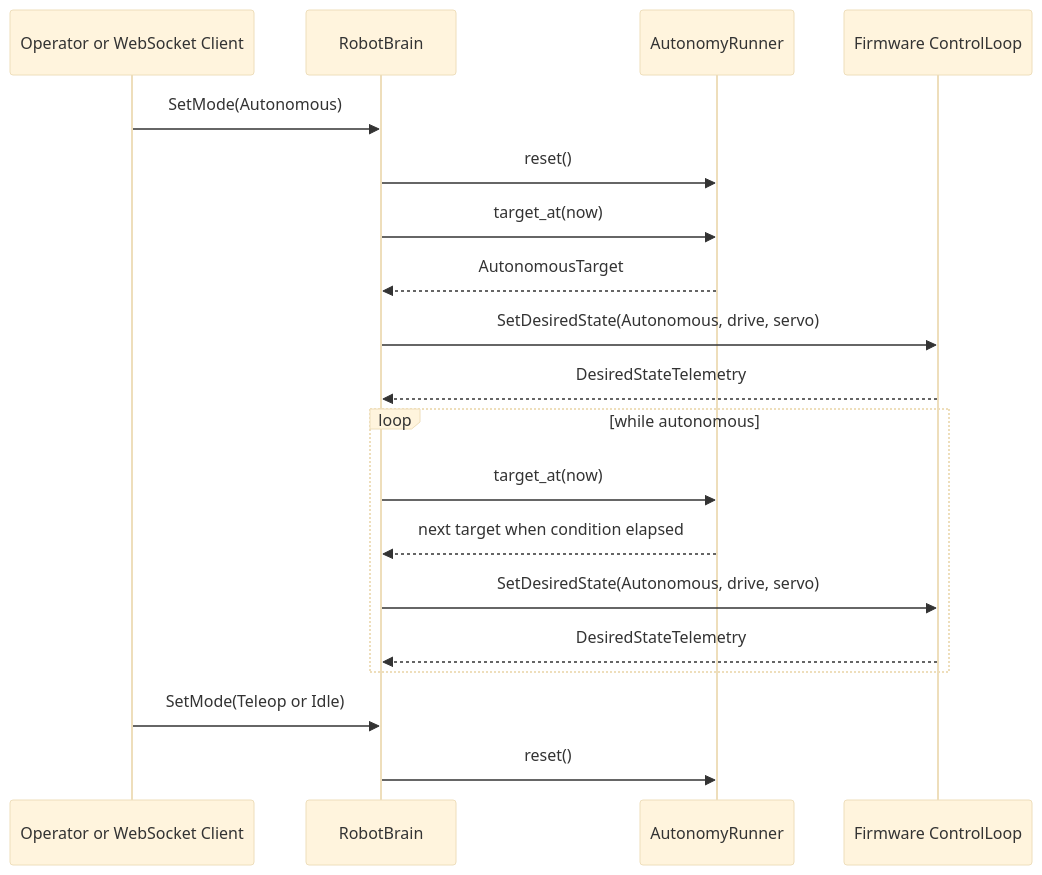
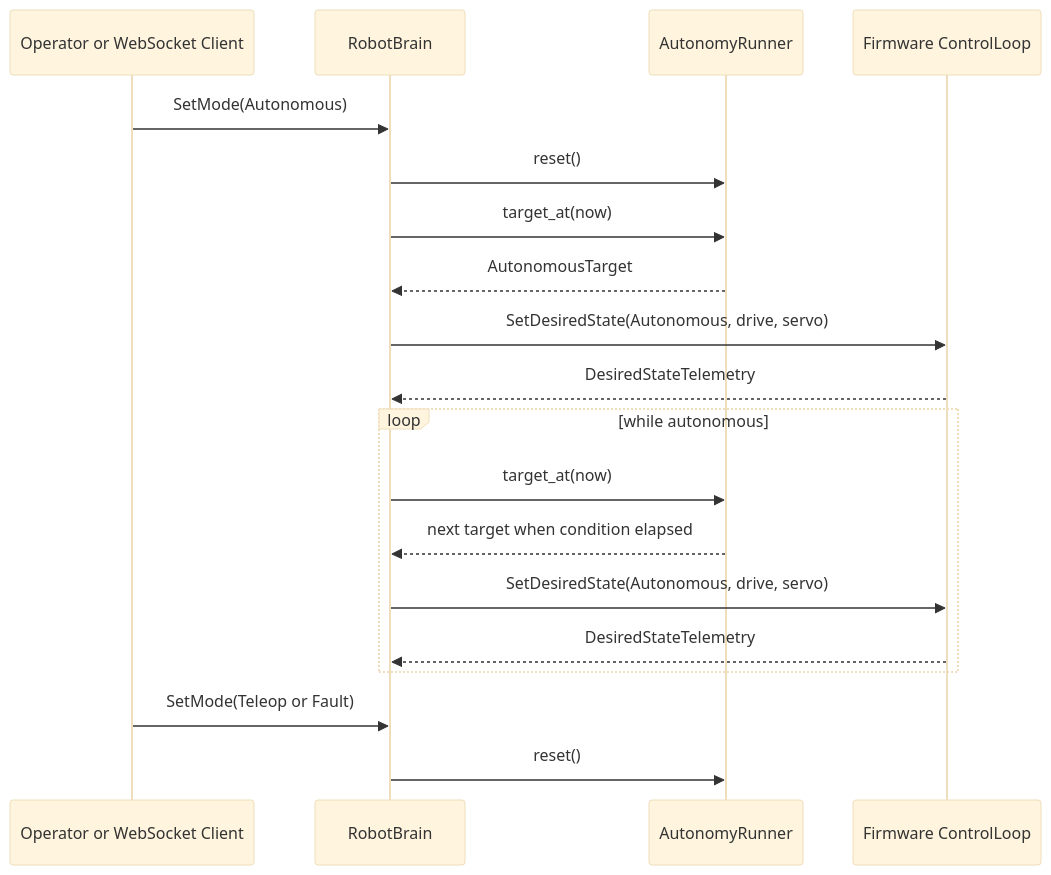
Before and after one commit to thiezn/morTimmy: the first of 2 diagrams in docs/src/architecture/architecture.md, drawn with Mermaid (base theme). The commit also changed other lines of this file and 87 other files, not shown here.

````diff
--- a/docs/src/architecture/architecture.md
+++ b/docs/src/architecture/architecture.md
@@ -184,22 +184,22 @@
 ```mermaid
 sequenceDiagram
   participant Operator as Operator or WebSocket Client
   participant Brain as RobotBrain
   participant Runner as AutonomyRunner
   participant FW as Firmware ControlLoop
 
   Operator->>Brain: SetMode(Autonomous)
   Brain->>Runner: reset()
   Brain->>Runner: target_at(now)
   Runner-->>Brain: AutonomousTarget
   Brain->>FW: SetDesiredState(Autonomous, drive, servo)
   FW-->>Brain: DesiredStateTelemetry
   loop while autonomous
     Brain->>Runner: target_at(now)
     Runner-->>Brain: next target when condition elapsed
     Brain->>FW: SetDesiredState(Autonomous, drive, servo)
     FW-->>Brain: DesiredStateTelemetry
   end
-  Operator->>Brain: SetMode(Teleop or Idle)
+  Operator->>Brain: SetMode(Teleop or Fault)
   Brain->>Runner: reset()
 ```
````
